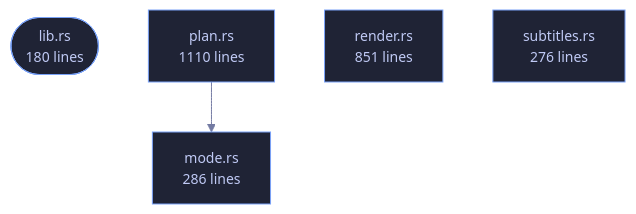
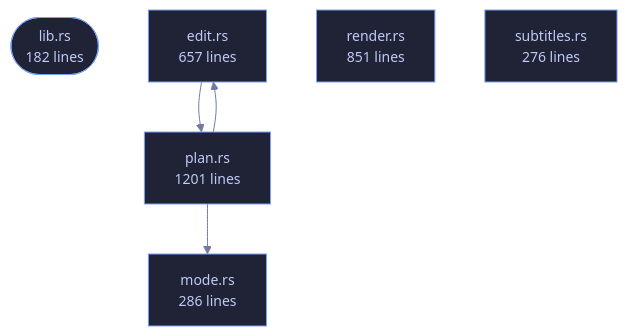
Before and after one commit to tilas01/veilvoice: the diagram in wiki/Crate-veilvoice-conversation.md, drawn with Mermaid. The commit also changed other lines of this file and 55 other files, not shown here.

First line of the commit message:
conversation: correct the plan, because the wrong voice cannot be heard

````diff
--- a/wiki/Crate-veilvoice-conversation.md
+++ b/wiki/Crate-veilvoice-conversation.md
@@ -91,15 +91,19 @@
 ```mermaid
 %%{init: {"theme":"base","themeVariables":{"background":"#1a1b26","primaryColor":"#1f2335","primaryTextColor":"#c0caf5","primaryBorderColor":"#7aa2f7","secondaryColor":"#16161e","tertiaryColor":"#16161e","lineColor":"#737aa2","textColor":"#c0caf5","mainBkg":"#1f2335","nodeBorder":"#7aa2f7","clusterBkg":"#16161e","clusterBorder":"#2f3549","fontFamily":"ui-monospace, SFMono-Regular, Consolas, monospace","fontSize":"14px"}}}%%
 flowchart TD
-    n_lib(["lib.rs<br/>180 lines"])
+    n_lib(["lib.rs<br/>182 lines"])
+    n_edit["edit.rs<br/>657 lines"]
     n_mode["mode.rs<br/>286 lines"]
-    n_plan["plan.rs<br/>1110 lines"]
+    n_plan["plan.rs<br/>1201 lines"]
     n_render["render.rs<br/>851 lines"]
     n_subtitles["subtitles.rs<br/>276 lines"]
+    n_edit --> n_plan
+    n_plan --> n_edit
     n_plan --> n_mode
     click n_lib href "https://github.com/tilas01/veilvoice/blob/main/crates/veilvoice-conversation/src/lib.rs" "open the source"
+    click n_edit href "https://github.com/tilas01/veilvoice/blob/main/crates/veilvoice-conversation/src/edit.rs" "open the source"
     click n_mode href "https://github.com/tilas01/veilvoice/blob/main/crates/veilvoice-conversation/src/mode.rs" "open the source"
     click n_plan href "https://github.com/tilas01/veilvoice/blob/main/crates/veilvoice-conversation/src/plan.rs" "open the source"
     click n_render href "https://github.com/tilas01/veilvoice/blob/main/crates/veilvoice-conversation/src/render.rs" "open the source"
     click n_subtitles href "https://github.com/tilas01/veilvoice/blob/main/crates/veilvoice-conversation/src/subtitles.rs" "open the source"
 ```
````
